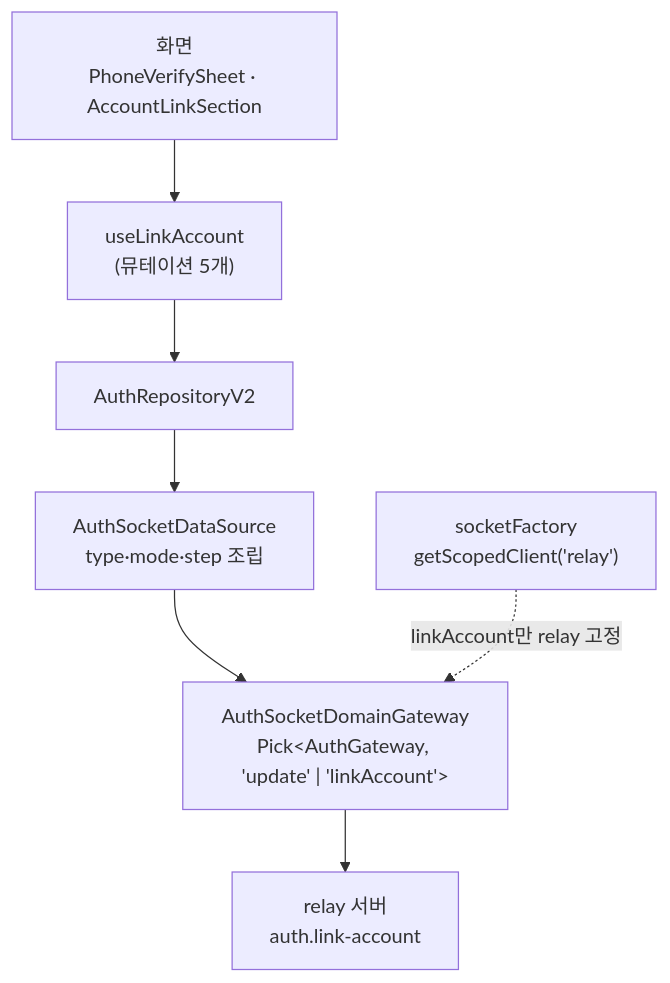
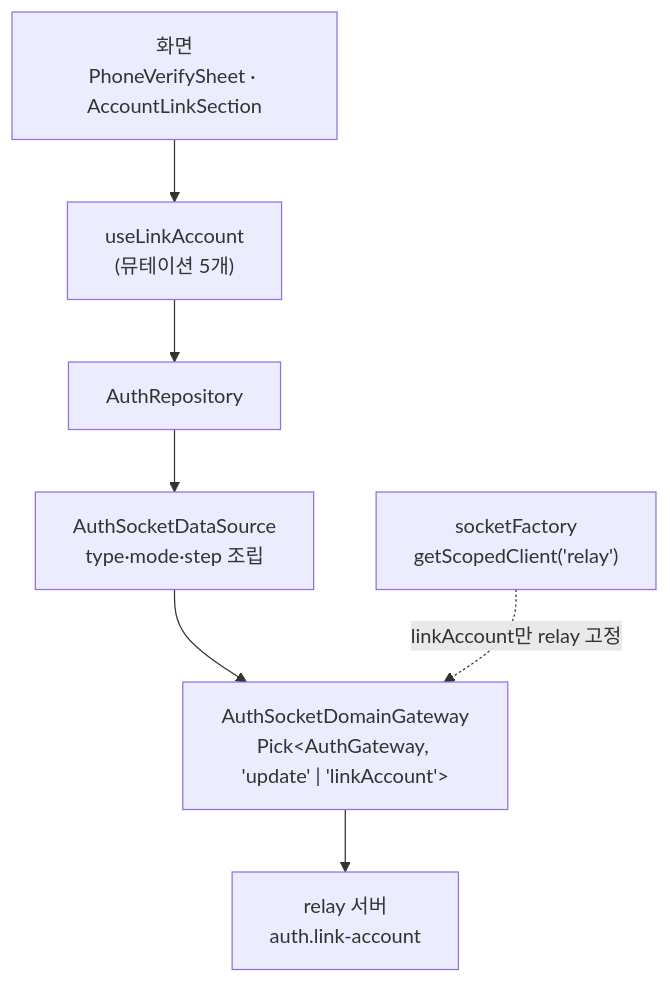
One commit to lemoncloud-io/dou-app changed the first of 3 diagrams in apps/web/docs/feature/auth/account-linking.md. Above: the diagram before and after it, drawn with Mermaid. The commit also changed other lines of this file and 86 other files, not shown here.

````diff
--- a/apps/web/docs/feature/auth/account-linking.md
+++ b/apps/web/docs/feature/auth/account-linking.md
@@ -123,14 +123,14 @@
 ```mermaid
 graph TD
     UI["화면<br/>PhoneVerifySheet · AccountLinkSection"]
     HK["useLinkAccount<br/>(뮤테이션 5개)"]
-    RP["AuthRepositoryV2"]
+    RP["AuthRepository"]
     DS["AuthSocketDataSource<br/>type·mode·step 조립"]
     GW["AuthSocketDomainGateway<br/>Pick&lt;AuthGateway, 'update' | 'linkAccount'&gt;"]
     RF["socketFactory<br/>getScopedClient('relay')"]
     SRV["relay 서버<br/>auth.link-account"]
 
     UI --> HK --> RP --> DS --> GW
     RF -.->|linkAccount만 relay 고정| GW
     GW --> SRV
 ```
````
